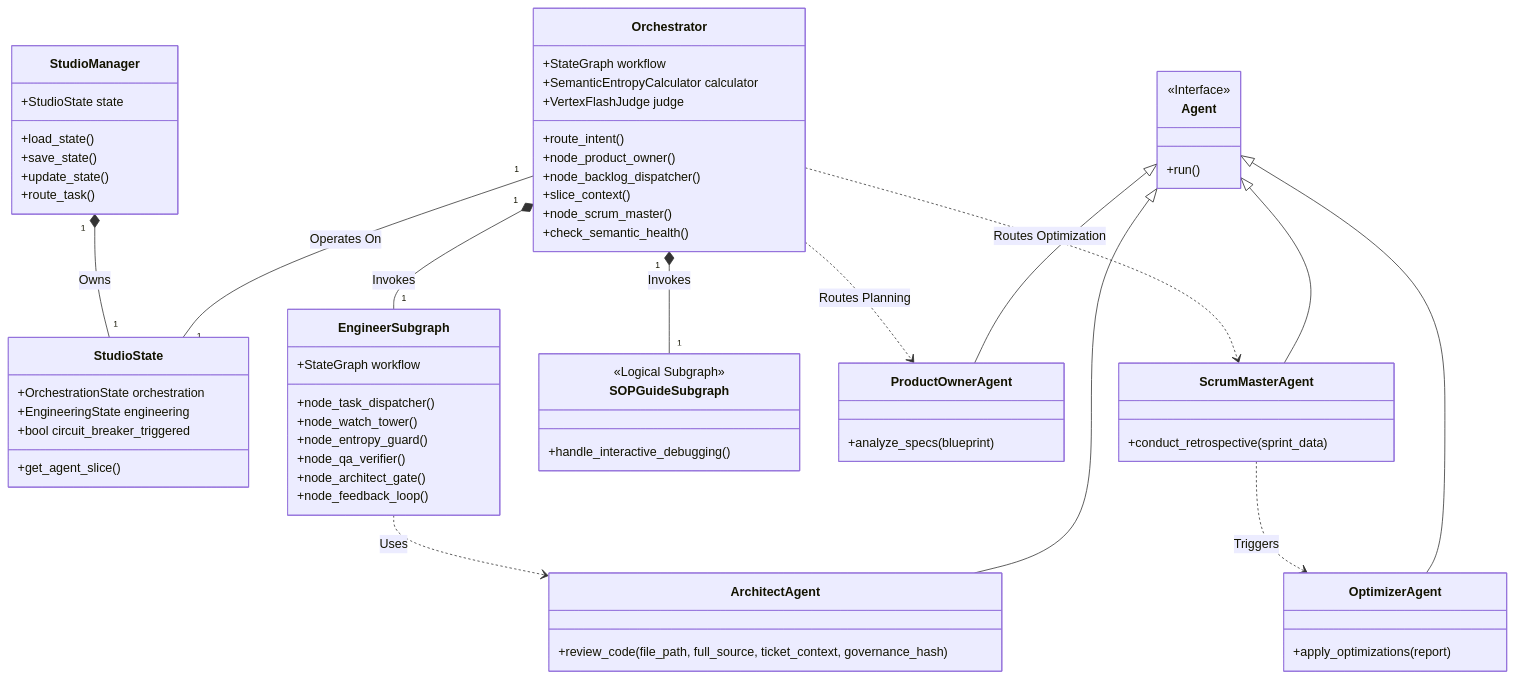
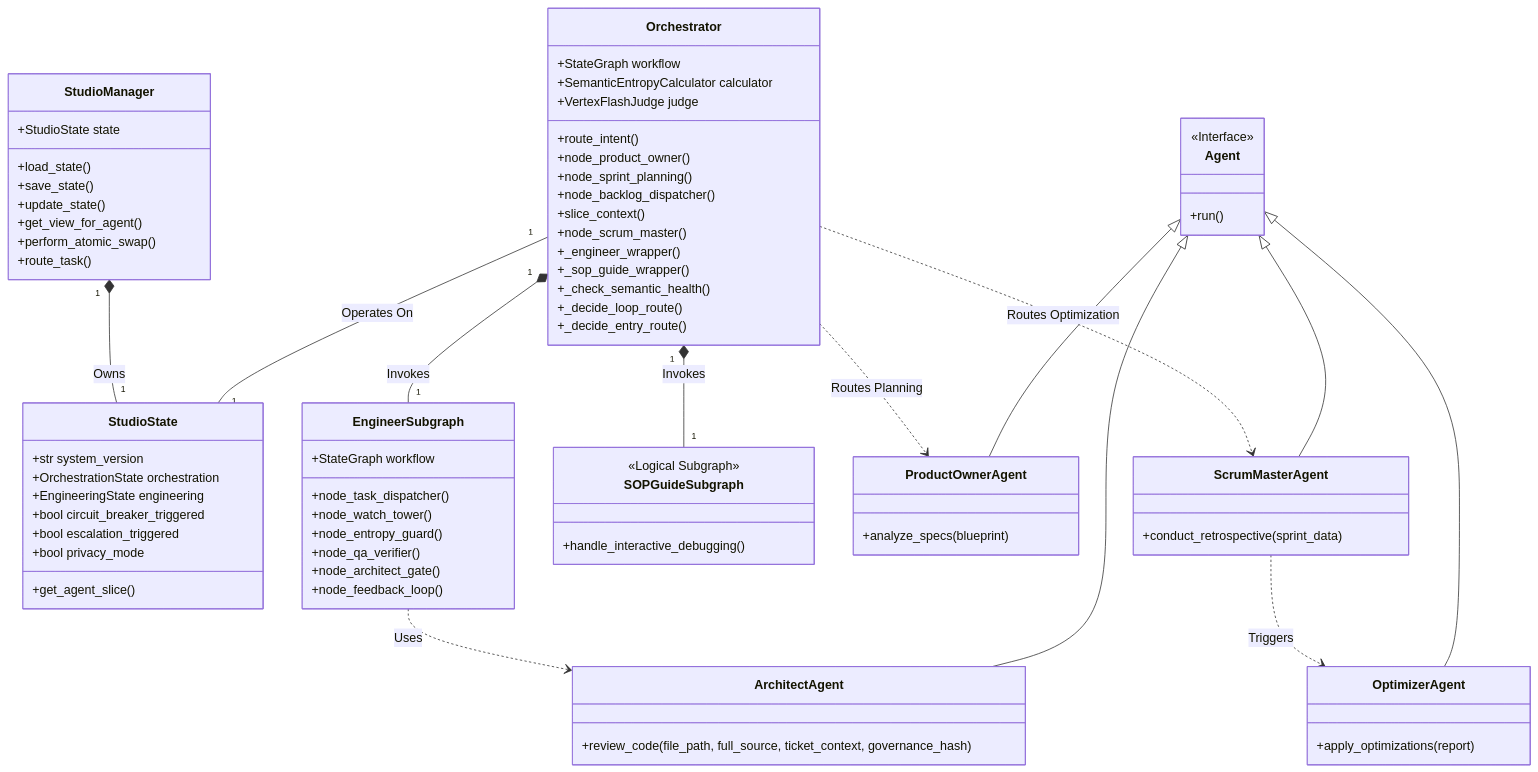
The first of 3 diagrams in DESIGN.md (jonaschen/ai-bsp-agent), drawn with Mermaid before and after one commit. The commit also changed other lines of this file and 1 other file, not shown here.

```diff
--- a/DESIGN.md
+++ b/DESIGN.md
@@ -21,6 +21,8 @@
         +load_state()
         +save_state()
         +update_state()
+        +get_view_for_agent()
+        +perform_atomic_swap()
         +route_task()
     }
 
@@ -30,16 +32,24 @@
         +VertexFlashJudge judge
         +route_intent()
         +node_product_owner()
+        +node_sprint_planning()
         +node_backlog_dispatcher()
         +slice_context()
         +node_scrum_master()
-        +check_semantic_health()
+        +_engineer_wrapper()
+        +_sop_guide_wrapper()
+        +_check_semantic_health()
+        +_decide_loop_route()
+        +_decide_entry_route()
     }
 
     class StudioState {
+        +str system_version
         +OrchestrationState orchestration
         +EngineeringState engineering
         +bool circuit_breaker_triggered
+        +bool escalation_triggered
+        +bool privacy_mode
         +get_agent_slice()
     }
 
```
